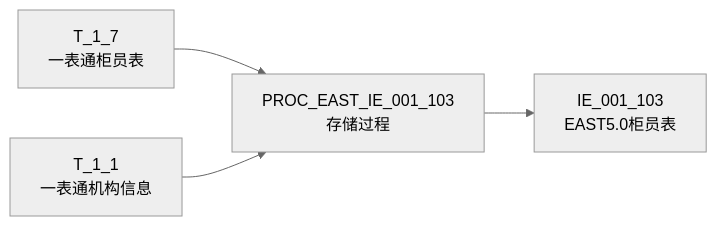
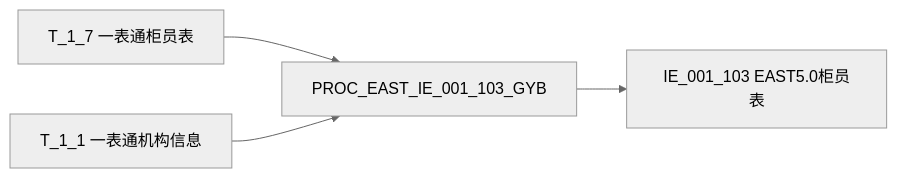
The first of 2 diagrams in regulatory-data-lab/血缘/EAST5.0系统/血缘-IE_001_103-柜员表-EAST5.0系统.md (zhoujk1989-arch/Obsidian), drawn with Mermaid (neutral theme) before and after one commit. The commit also changed other lines of this file and 9 other files, not shown here.

````diff
--- a/regulatory-data-lab/血缘/EAST5.0系统/血缘-IE_001_103-柜员表-EAST5.0系统.md
+++ b/regulatory-data-lab/血缘/EAST5.0系统/血缘-IE_001_103-柜员表-EAST5.0系统.md
@@ -58,6 +118,6 @@
 ```mermaid
-graph LR
-    T1_7["T_1_7\n一表通柜员表"] --> PROC["PROC_EAST_IE_001_103\n存储过程"]
-    T1_1["T_1_1\n一表通机构信息"] --> PROC
-    PROC --> IE103["IE_001_103\nEAST5.0柜员表"]
+flowchart LR
+    T1_7["T_1_7 一表通柜员表"] --> PROC["PROC_EAST_IE_001_103_GYB"]
+    T1_1["T_1_1 一表通机构信息"] --> PROC
+    PROC --> IE103["IE_001_103 EAST5.0柜员表"]
 ```
````
